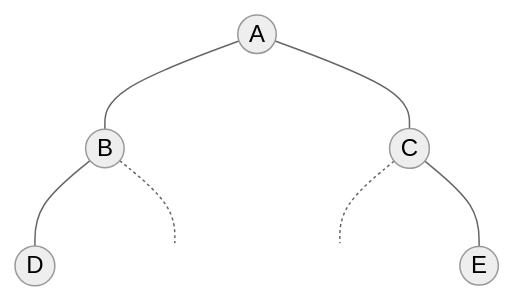
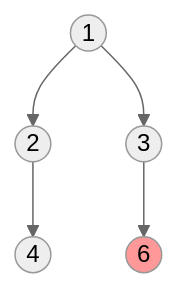
The third of 3 diagrams in tree/12_full_vs_complete_binary_tree.md (ARYAN-KUMAR-22/dsa), drawn with Mermaid (neutral theme) before and after one commit. The commit also changed other lines of this file and 4 other files, not shown here.

````diff
--- a/tree/12_full_vs_complete_binary_tree.md
+++ b/tree/12_full_vs_complete_binary_tree.md
@@ -57,11 +110,9 @@
 ```mermaid
 graph TD
-    A2((A)) --- B2((B))
-    A2 --- C2((C))
-    B2 --- D2((D))
-    B2 -.- X1[ ]
-    C2 -.- X2[ ]
-    C2 --- E2((E))
-    style X1 fill:none,stroke:none
-    style X2 fill:none,stroke:none
+    A((1)) --> B((2))
+    A --> C((3))
+    B --> D((4))
+    C --> F((6))
+    
+    style F fill:#ff9999
 ```
````
